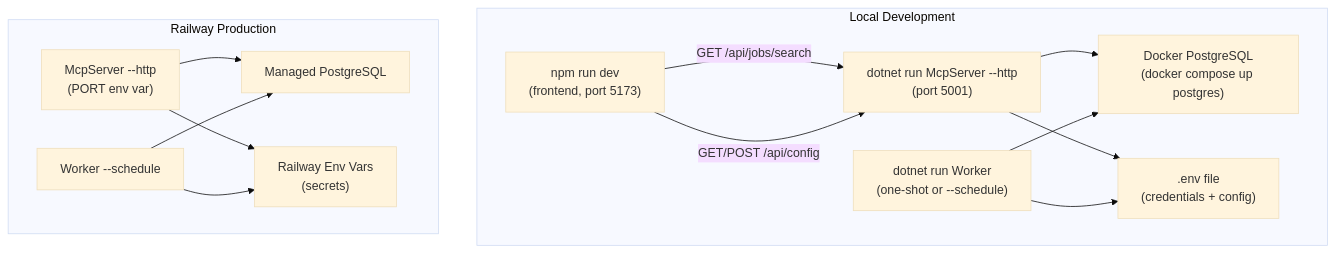
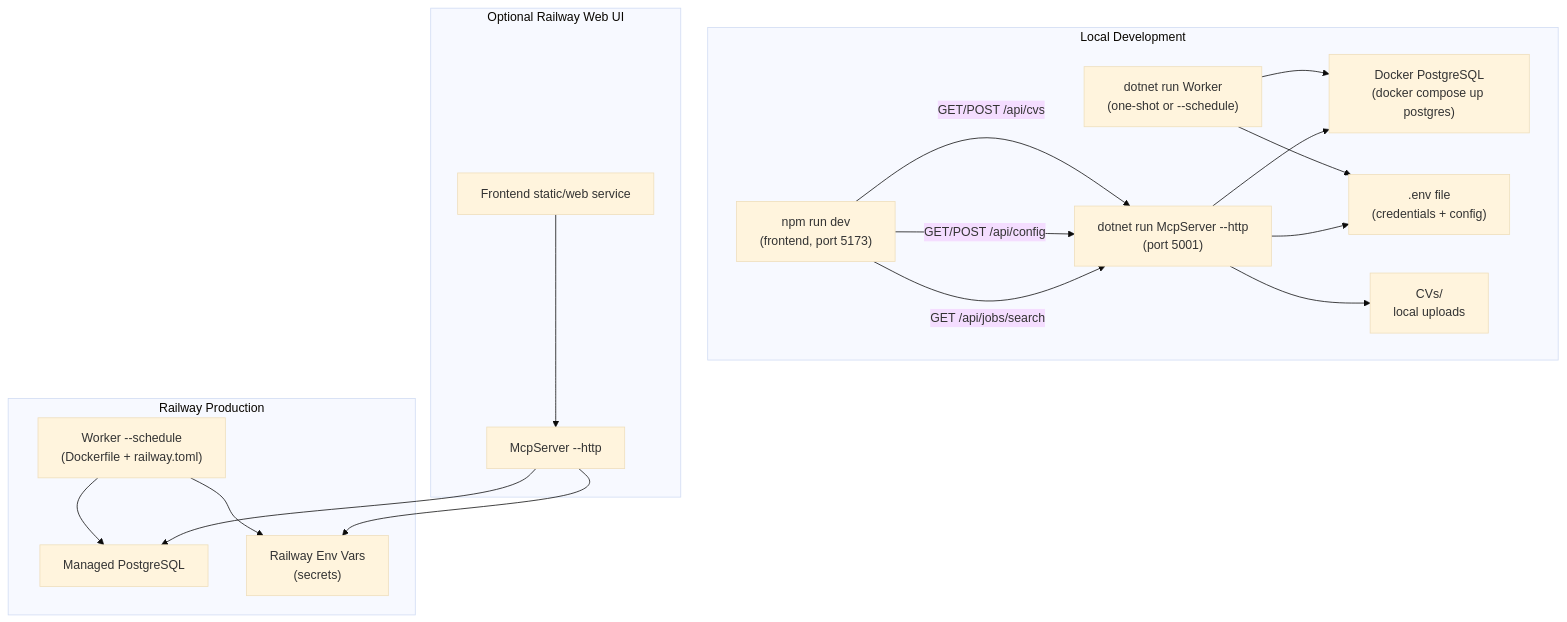
Before and after one commit to ekanatha-urivakili/AiJobSearchAgent: the second of 4 diagrams in README.md, drawn with Mermaid (base theme). The commit also changed other lines of this file and 19 other files, not shown here.

````diff
--- a/README.md
+++ b/README.md
@@ -88,29 +96,37 @@
 ```mermaid
 flowchart TB
     subgraph Local["Local Development"]
         DevUI["npm run dev\n(frontend, port 5173)"]
         DevMcp["dotnet run McpServer --http\n(port 5001)"]
         DevWorker["dotnet run Worker\n(one-shot or --schedule)"]
         LocalPg["Docker PostgreSQL\n(docker compose up postgres)"]
         DotEnv[".env file\n(credentials + config)"]
+        LocalCvs["CVs/\nlocal uploads"]
 
         DevUI -- "GET /api/jobs/search" --> DevMcp
         DevUI -- "GET/POST /api/config" --> DevMcp
+        DevUI -- "GET/POST /api/cvs" --> DevMcp
         DevMcp --> LocalPg
         DevWorker --> LocalPg
         DevMcp --> DotEnv
         DevWorker --> DotEnv
+        DevMcp --> LocalCvs
     end
 
     subgraph Railway["Railway Production"]
-        RailwayMcp["McpServer --http\n(PORT env var)"]
-        RailwayWorker["Worker --schedule"]
+        RailwayWorker["Worker --schedule\n(Dockerfile + railway.toml)"]
         RailwayPg["Managed PostgreSQL"]
         RailwaySecrets["Railway Env Vars\n(secrets)"]
 
-        RailwayMcp --> RailwayPg
         RailwayWorker --> RailwayPg
-        RailwayMcp --> RailwaySecrets
         RailwayWorker --> RailwaySecrets
     end
+
+    subgraph OptionalRailwayWeb["Optional Railway Web UI"]
+        RailwayMcp["McpServer --http"]
+        RailwayFrontend["Frontend static/web service"]
+        RailwayFrontend --> RailwayMcp
+        RailwayMcp --> RailwayPg
+        RailwayMcp --> RailwaySecrets
+    end
 ```
````
